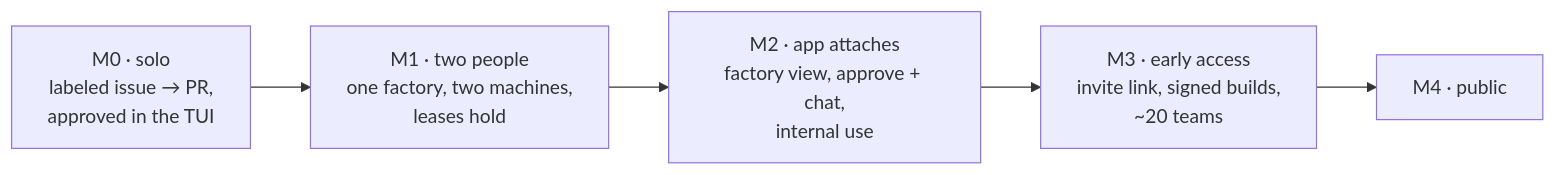
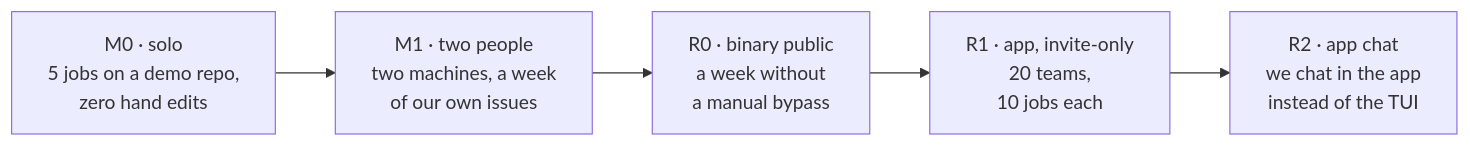
The sixth of 6 diagrams in docs/design/factory/PRODUCT.md (0xMrMasry/CodeAF), drawn with Mermaid before and after one commit. The commit also changed other lines of this file and 1 other file, not shown here.

Commit message:
docs(factory): release plan R0 binary / R1 controller app / R2 chat; vocabulary sweep

````diff
--- a/docs/design/factory/PRODUCT.md
+++ b/docs/design/factory/PRODUCT.md
@@ -376,9 +406,9 @@
 ```mermaid
 flowchart LR
-    M0["M0 · solo<br/>labeled issue → PR,<br/>approved in the TUI"]
-    M1["M1 · two people<br/>one factory, two machines,<br/>leases hold"]
-    M2["M2 · app attaches<br/>factory view, approve + chat,<br/>internal use"]
-    M3["M3 · early access<br/>invite link, signed builds,<br/>~20 teams"]
-    M4["M4 · public"]
-    M0 --> M1 --> M2 --> M3 --> M4
+    M0["M0 · solo<br/>5 jobs on a demo repo,<br/>zero hand edits"]
+    M1["M1 · two people<br/>two machines, a week<br/>of our own issues"]
+    R0["R0 · binary public<br/>a week without<br/>a manual bypass"]
+    R1["R1 · app, invite-only<br/>20 teams,<br/>10 jobs each"]
+    R2["R2 · app chat<br/>we chat in the app<br/>instead of the TUI"]
+    M0 --> M1 --> R0 --> R1 --> R2
 ```
````
